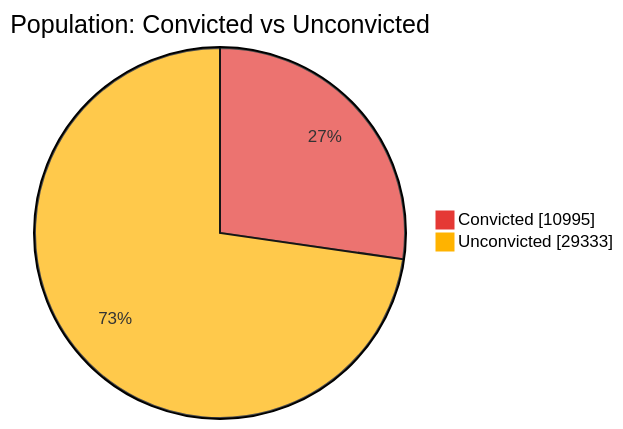
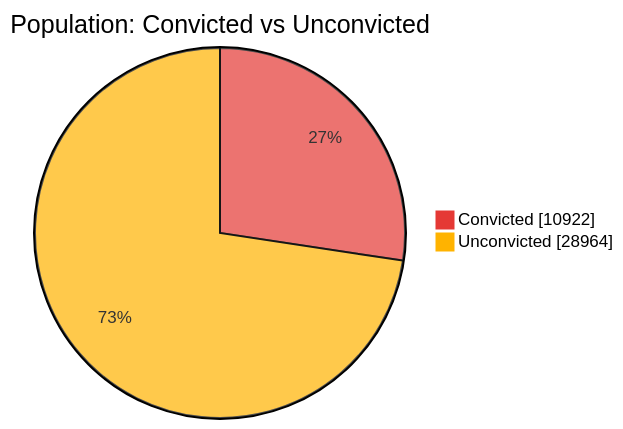
Before and after one commit to nuuuwan/lk_prisons: the first of 7 diagrams in README.md, drawn with Mermaid. The commit also changed other lines of this file and 1 other file, not shown here.

````diff
--- a/README.md
+++ b/README.md
@@ -43,6 +43,6 @@
 ```mermaid
 %%{init: {'themeVariables': {'pie1': '#E53935', 'pie2': '#FFB300'}}}%%
 pie showData title Population: Convicted vs Unconvicted
-    "Convicted" : 10995
-    "Unconvicted" : 29333
+    "Convicted" : 10922
+    "Unconvicted" : 28964
 ```
````
